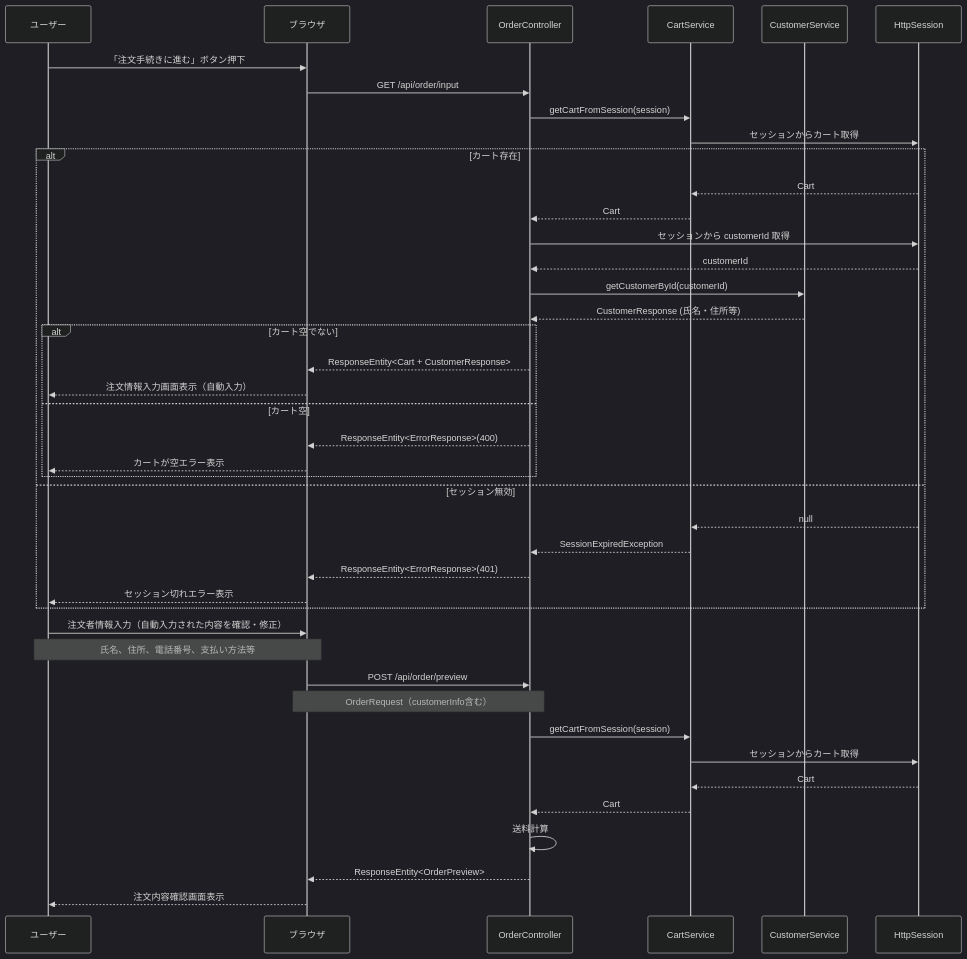
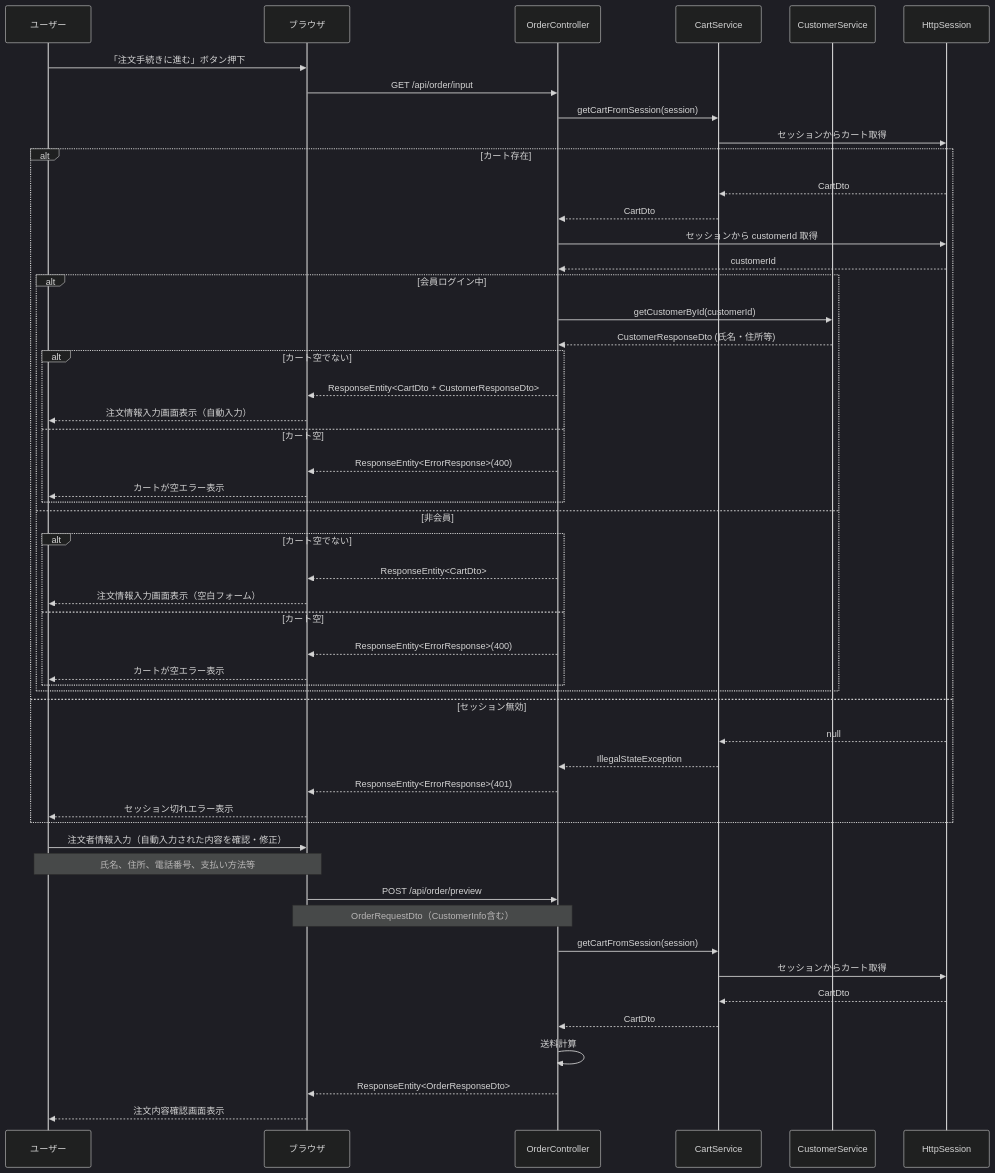
Before and after one commit to shogomaeda758/Bacon: the seventh of 17 diagrams in 詳細設計/3_sequence.md, drawn with Mermaid (dark theme). The commit also changed other lines of this file and 2 other files, not shown here.

````diff
--- a/詳細設計/3_sequence.md
+++ b/詳細設計/3_sequence.md
@@ -246,51 +285,60 @@
 ```mermaid
 sequenceDiagram
     participant U as ユーザー
     participant B as ブラウザ
     participant OC as OrderController
     participant CS as CartService
     participant CuS as CustomerService
     participant S as HttpSession
 
     U->>B: 「注文手続きに進む」ボタン押下
     B->>OC: GET /api/order/input
     OC->>CS: getCartFromSession(session)
     CS->>S: セッションからカート取得
 
     alt カート存在
-        S-->>CS: Cart
-        CS-->>OC: Cart
+        S-->>CS: CartDto
+        CS-->>OC: CartDto
 
         OC->>S: セッションから customerId 取得
         S-->>OC: customerId
 
-        OC->>CuS: getCustomerById(customerId)
-        CuS-->>OC: CustomerResponse (氏名・住所等)
-
-        alt カート空でない
-            OC-->>B: ResponseEntity<Cart + CustomerResponse>
-            B-->>U: 注文情報入力画面表示（自動入力）
-        else カート空
-            OC-->>B: ResponseEntity<ErrorResponse>(400)
-            B-->>U: カートが空エラー表示
+        alt 会員ログイン中
+            OC->>CuS: getCustomerById(customerId)
+            CuS-->>OC: CustomerResponseDto (氏名・住所等)
+            
+            alt カート空でない
+                OC-->>B: ResponseEntity<CartDto + CustomerResponseDto>
+                B-->>U: 注文情報入力画面表示（自動入力）
+            else カート空
+                OC-->>B: ResponseEntity<ErrorResponse>(400)
+                B-->>U: カートが空エラー表示
+            end
+        else 非会員
+            alt カート空でない
+                OC-->>B: ResponseEntity<CartDto>
+                B-->>U: 注文情報入力画面表示（空白フォーム）
+            else カート空
+                OC-->>B: ResponseEntity<ErrorResponse>(400)
+                B-->>U: カートが空エラー表示
+            end
         end
     else セッション無効
         S-->>CS: null
-        CS-->>OC: SessionExpiredException
+        CS-->>OC: IllegalStateException
         OC-->>B: ResponseEntity<ErrorResponse>(401)
         B-->>U: セッション切れエラー表示
     end
 
     U->>B: 注文者情報入力（自動入力された内容を確認・修正）
     Note over U,B: 氏名、住所、電話番号、支払い方法等
     B->>OC: POST /api/order/preview
-    Note over B,OC: OrderRequest（customerInfo含む）
+    Note over B,OC: OrderRequestDto（CustomerInfo含む）
     OC->>CS: getCartFromSession(session)
     CS->>S: セッションからカート取得
-    S-->>CS: Cart
-    CS-->>OC: Cart
+    S-->>CS: CartDto
+    CS-->>OC: CartDto
     OC->>OC: 送料計算
-    OC-->>B: ResponseEntity<OrderPreview>
+    OC-->>B: ResponseEntity<OrderResponseDto>
     B-->>U: 注文内容確認画面表示
-
 ```
````
